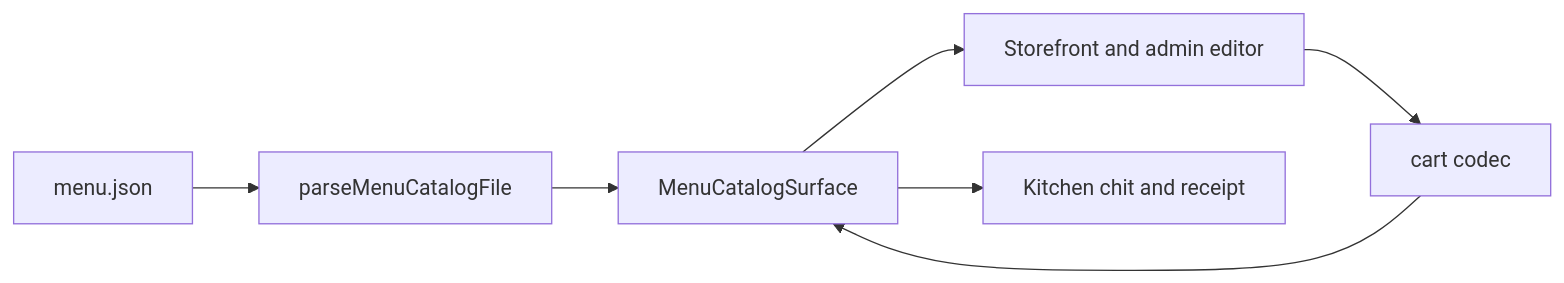
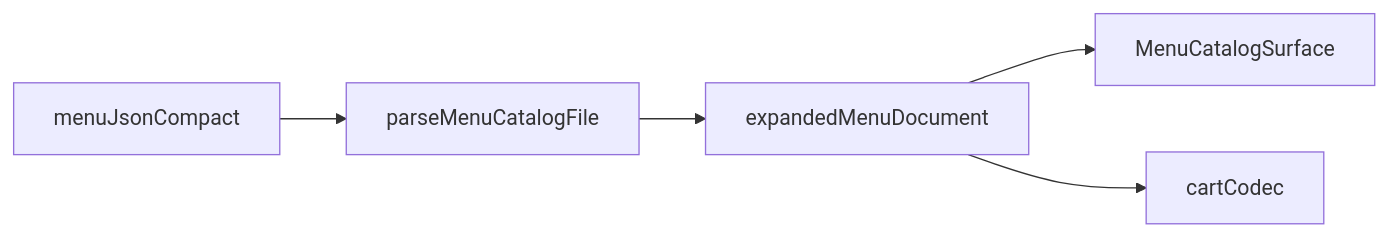
One commit to kilogold/RicoS-Menu changed the diagram in SPEC.md. Above: the diagram before and after it, drawn with Mermaid. The commit also changed other lines of this file and 2 other files, not shown here.

Commit message:
Publish menu v32 with compact modifier registry refs.

````diff
--- a/SPEC.md
+++ b/SPEC.md
@@ -88,15 +81,12 @@
 ```mermaid
 flowchart LR
-  menuJson[menu.json]
-  parse[parseMenuCatalogFile]
+  compactDisk[menuJsonCompact]
+  parser[parseMenuCatalogFile]
+  expandedRuntime[expandedMenuDocument]
   surface[MenuCatalogSurface]
-  codec[cart codec]
-  ui[Storefront and admin editor]
-  ticket[Kitchen chit and receipt]
+  codec[cartCodec]
 
-  menuJson --> parse --> surface
-  surface --> ui
-  surface --> ticket
-  ui --> codec
-  codec --> surface
+  compactDisk --> parser --> expandedRuntime
+  expandedRuntime --> surface
+  expandedRuntime --> codec
 ```
````
